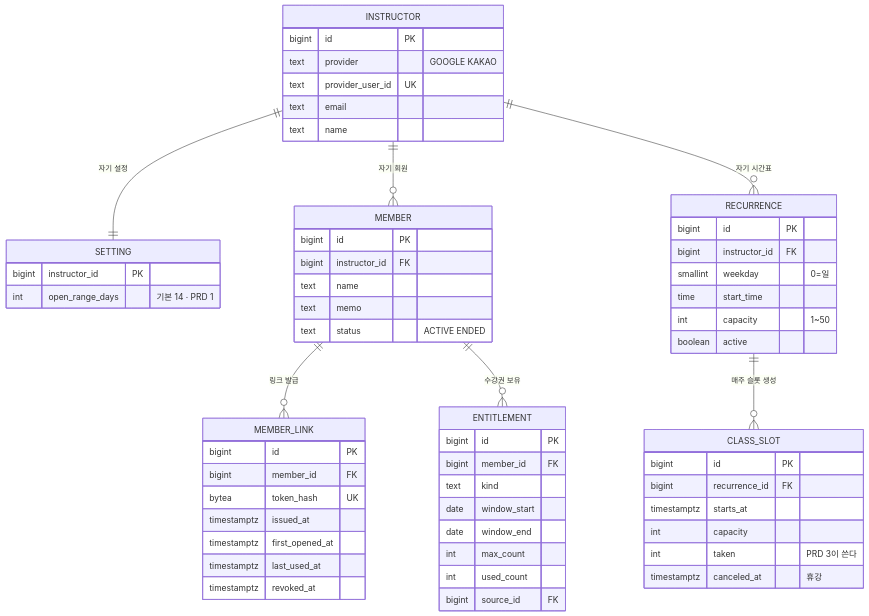
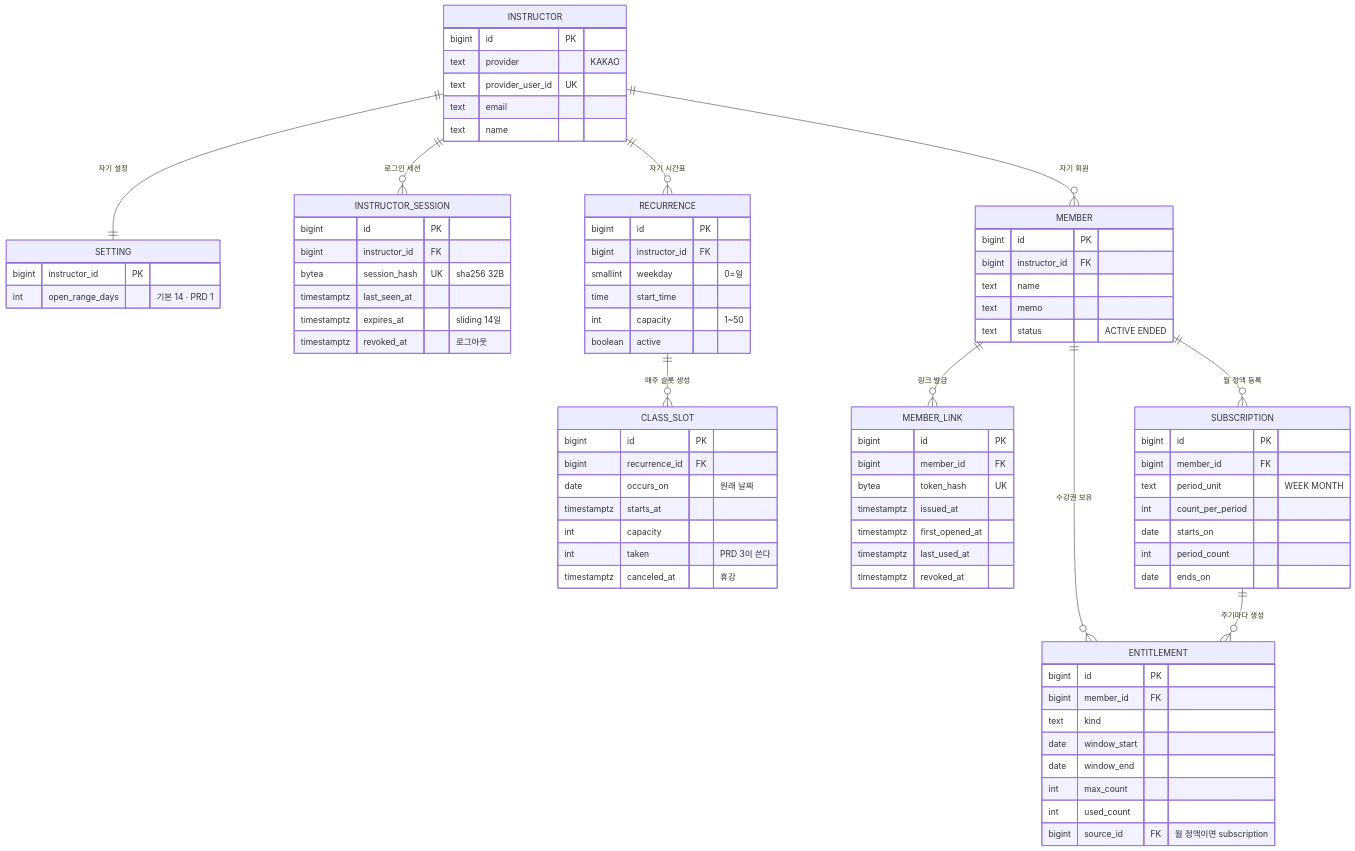
The diagram in docs/spec/instructor/0001-instructor-setup/prd.md (Fit-link-v2/FitLink-BE), drawn with Mermaid before and after one commit. The commit also changed other lines of this file and 42 other files, not shown here.

First line of the commit message:
docs: 2026-09-25 회의 결정을 ERD · 테이블 설계에 반영 (#1)

````diff
--- a/docs/spec/instructor/0001-instructor-setup/prd.md
+++ b/docs/spec/instructor/0001-instructor-setup/prd.md
@@ -15,14 +15,23 @@
 ```mermaid
 erDiagram
     INSTRUCTOR ||--|| SETTING : "자기 설정"
+    INSTRUCTOR ||--o{ INSTRUCTOR_SESSION : "로그인 세션"
     INSTRUCTOR ||--o{ MEMBER : "자기 회원"
     INSTRUCTOR ||--o{ RECURRENCE : "자기 시간표"
     INSTRUCTOR {
         bigint id PK
-        text provider "GOOGLE KAKAO"
+        text provider "KAKAO"
         text provider_user_id UK
         text email
         text name
+    }
+    INSTRUCTOR_SESSION {
+        bigint id PK
+        bigint instructor_id FK
+        bytea session_hash UK "sha256 32B"
+        timestamptz last_seen_at
+        timestamptz expires_at "sliding 14일"
+        timestamptz revoked_at "로그아웃"
     }
     SETTING {
         bigint instructor_id PK
@@ -41,6 +50,7 @@
     CLASS_SLOT {
         bigint id PK
         bigint recurrence_id FK
+        date occurs_on "원래 날짜"
         timestamptz starts_at
         int capacity
         int taken "PRD 3이 쓴다"
@@ -49,6 +59,8 @@
 
     MEMBER ||--o{ MEMBER_LINK : "링크 발급"
     MEMBER ||--o{ ENTITLEMENT : "수강권 보유"
+    MEMBER ||--o{ SUBSCRIPTION : "월 정액 등록"
+    SUBSCRIPTION ||--o{ ENTITLEMENT : "주기마다 생성"
     MEMBER {
         bigint id PK
         bigint instructor_id FK
@@ -73,6 +85,15 @@
         date window_end
         int max_count
         int used_count
-        bigint source_id FK
+        bigint source_id FK "월 정액이면 subscription"
+    }
+    SUBSCRIPTION {
+        bigint id PK
+        bigint member_id FK
+        text period_unit "WEEK MONTH"
+        int count_per_period
+        date starts_on
+        int period_count
+        date ends_on
     }
 ```
````
